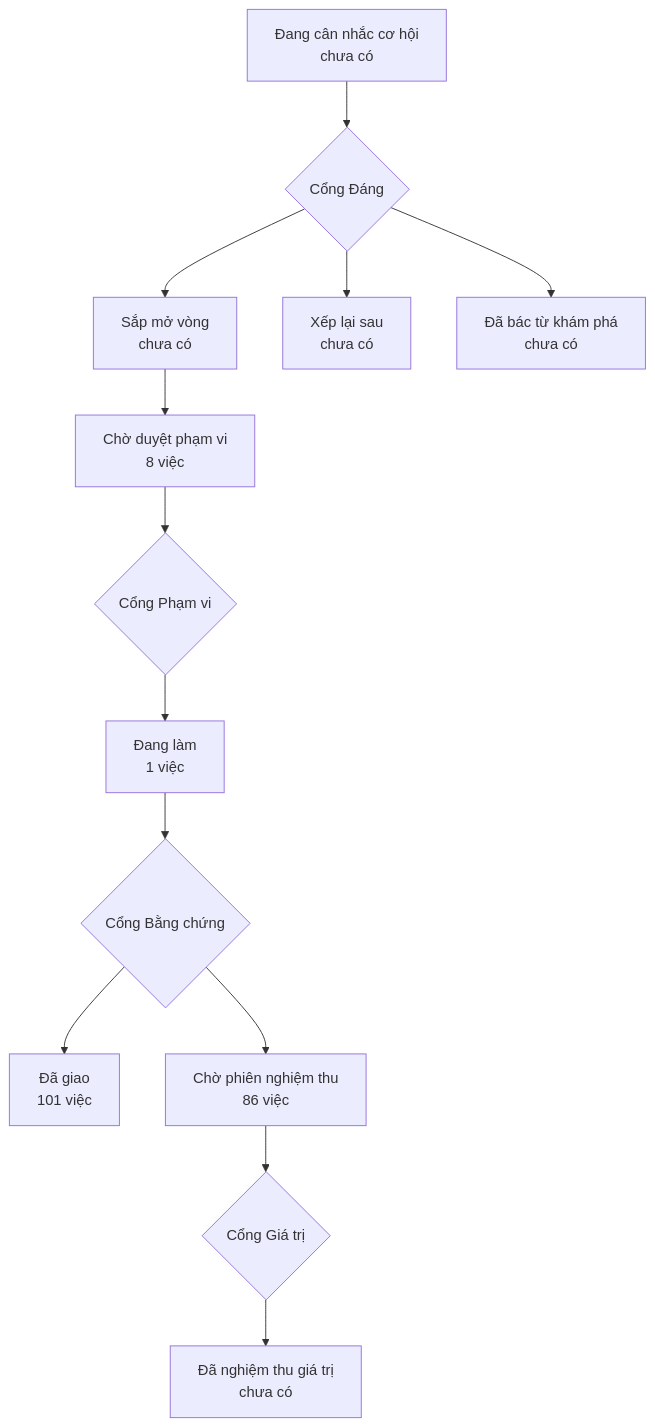
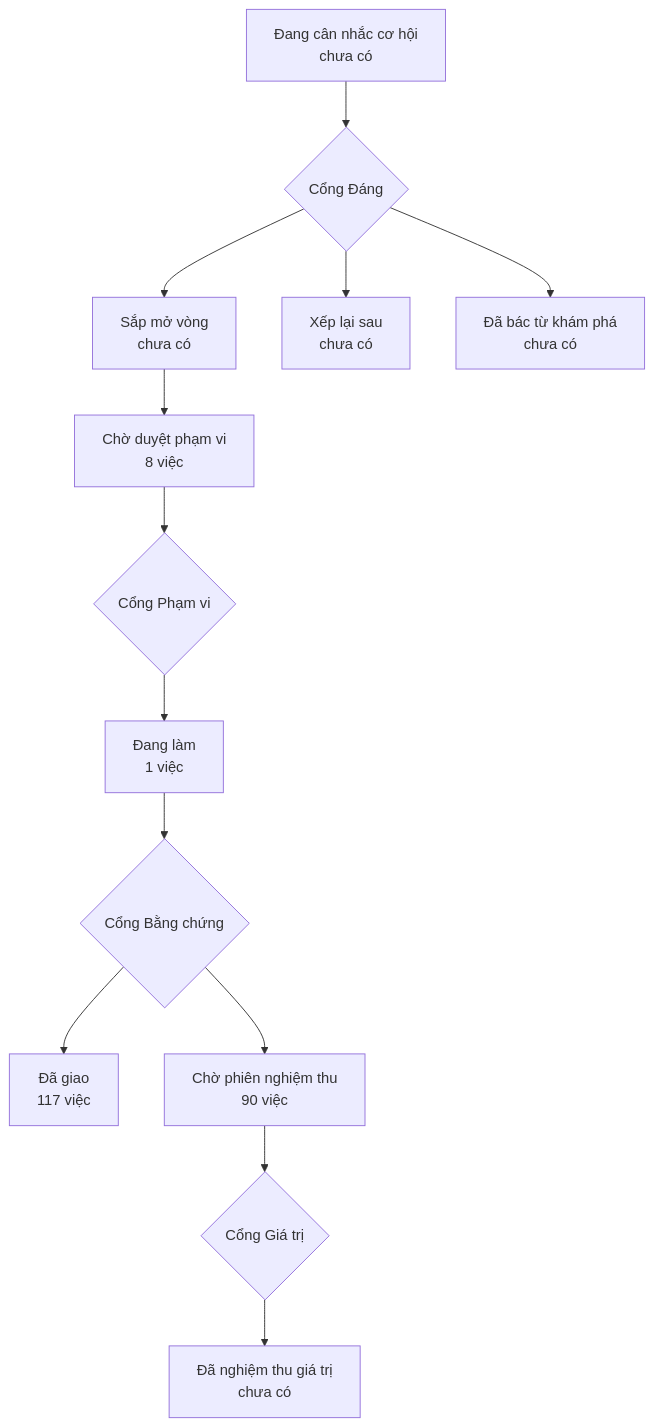
One commit to phanlemanh/onehub-invest changed the diagram in PRODUCT-MAP.md. Above: the diagram before and after it, drawn with Mermaid. The commit also changed other lines of this file and 3 other files, not shown here.

````diff
--- a/PRODUCT-MAP.md
+++ b/PRODUCT-MAP.md
@@ -7,12 +7,12 @@
 ```mermaid
 flowchart TD
   A["Đang cân nhắc cơ hội<br/>chưa có"] --> GD{"Cổng Đáng"}
   GD --> B["Sắp mở vòng<br/>chưa có"]
   GD --> XL["Xếp lại sau<br/>chưa có"]
   GD --> DB["Đã bác từ khám phá<br/>chưa có"]
   B --> CD["Chờ duyệt phạm vi<br/>8 việc"] --> GP{"Cổng Phạm vi"}
   GP --> DL["Đang làm<br/>1 việc"] --> GB{"Cổng Bằng chứng"}
-  GB --> DG["Đã giao<br/>101 việc"]
-  GB --> CN["Chờ phiên nghiệm thu<br/>86 việc"] --> GG{"Cổng Giá trị"}
+  GB --> DG["Đã giao<br/>117 việc"]
+  GB --> CN["Chờ phiên nghiệm thu<br/>90 việc"] --> GG{"Cổng Giá trị"}
   GG --> NT["Đã nghiệm thu giá trị<br/>chưa có"]
 ```
````
